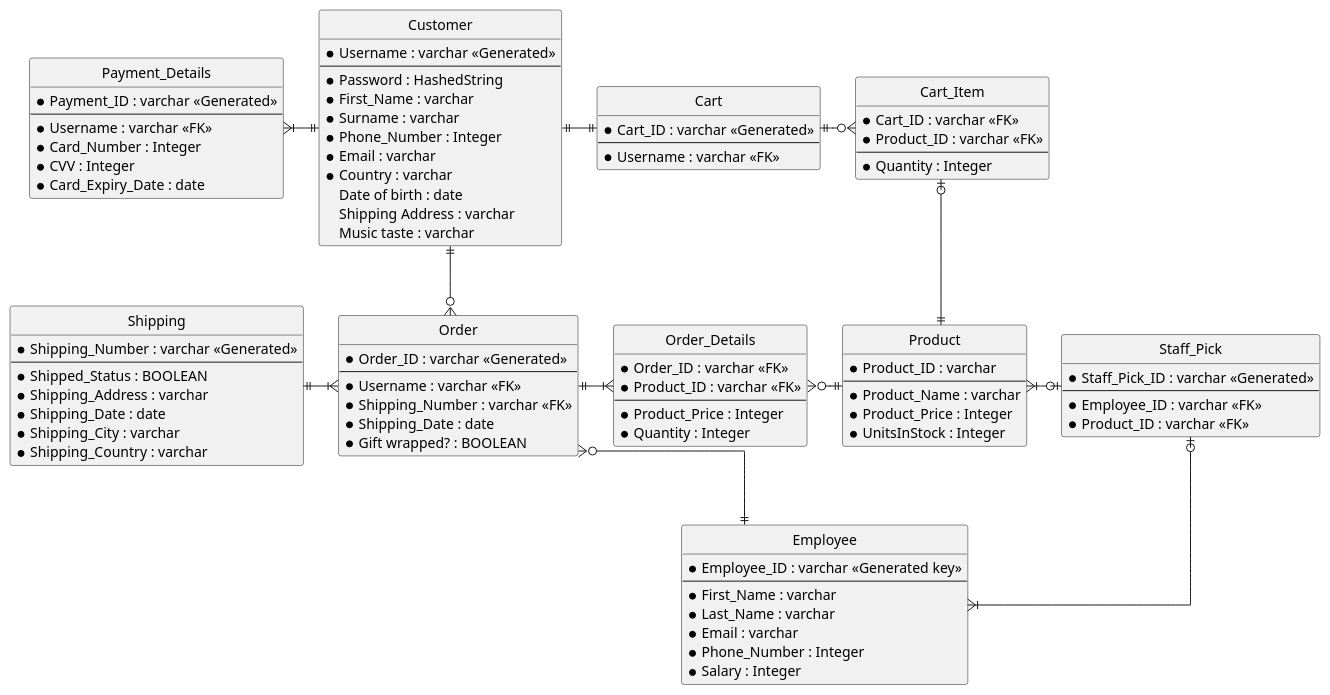
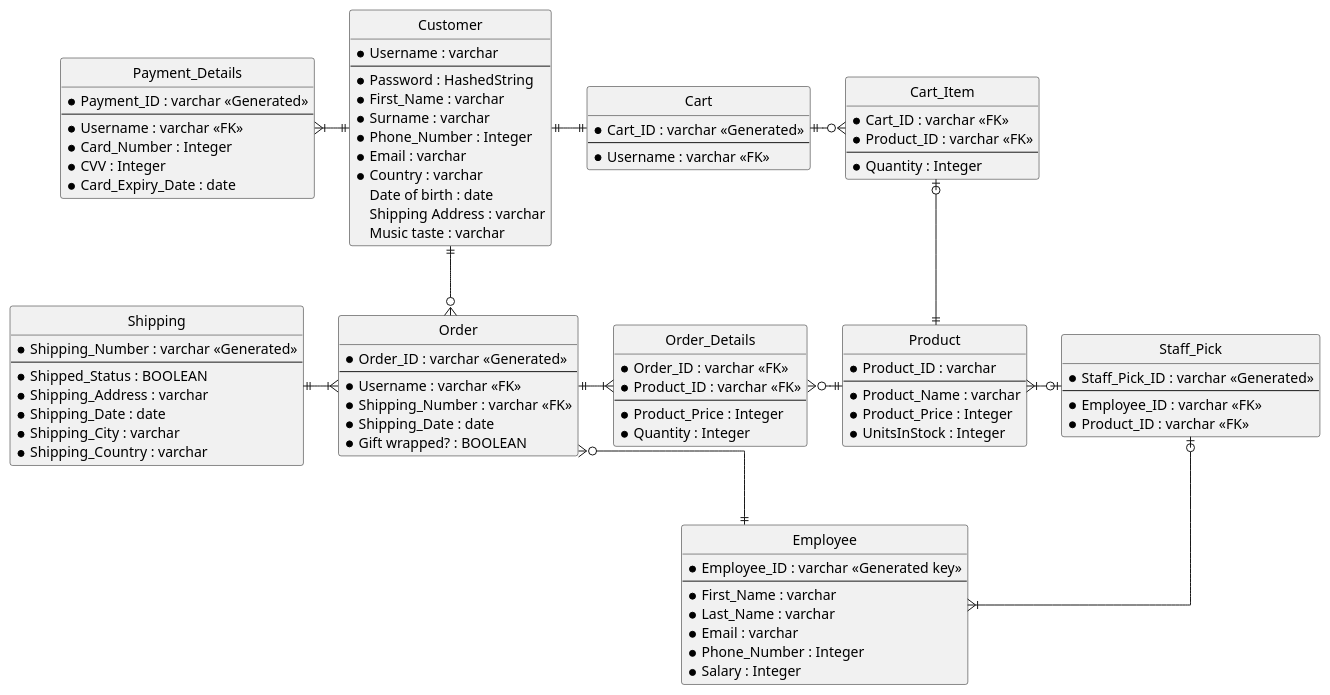
The diagram in milestone2/HVLo-Fi-erd.puml (shaystevens/INFO201-assignments), drawn with PlantUML before and after one commit.

Commit message:
Changed username is not generated

```diff
--- a/milestone2/HVLo-Fi-erd.puml
+++ b/milestone2/HVLo-Fi-erd.puml
@@ -1,107 +1,107 @@
 @startuml HV Lo-Fi
 
 skinparam Style StrictUML
 skinparam LineType ortho
 skinparam monochrome true
 
 class Customer {
-    * Username : varchar <<Generated>>
+    * Username : varchar
 --
     * Password : HashedString
     * First_Name : varchar
     * Surname : varchar
     * Phone_Number : Integer
     * Email : varchar
     * Country : varchar
     Date of birth : date
     Shipping Address : varchar
     Music taste : varchar
 }
 
 class Product {
     * Product_ID : varchar
 --
     * Product_Name : varchar
     * Product_Price : Integer
     * UnitsInStock : Integer
 }
 
 class Order {
     * Order_ID : varchar <<Generated>>
 --
     * Username : varchar <<FK>>
     * Shipping_Number : varchar <<FK>>
     * Shipping_Date : date
     * Gift wrapped? : BOOLEAN
 }
 
 class Shipping {
     * Shipping_Number : varchar <<Generated>>
 --
     * Shipped_Status : BOOLEAN
     * Shipping_Address : varchar
     * Shipping_Date : date
     * Shipping_City : varchar
     * Shipping_Country : varchar
 }
 
 class Payment_Details {
     * Payment_ID : varchar <<Generated>>
 --
     * Username : varchar <<FK>>
     * Card_Number : Integer
     * CVV : Integer
     * Card_Expiry_Date : date
 }
 
 class Order_Details {
     * Order_ID : varchar <<FK>>
     * Product_ID : varchar <<FK>>
 --
     * Product_Price : Integer
     * Quantity : Integer
 }
 
 class Cart {
     * Cart_ID : varchar <<Generated>>
 --
     * Username : varchar <<FK>>
 }
 
 class Cart_Item {
     * Cart_ID : varchar <<FK>>
     * Product_ID : varchar <<FK>>
 --
     * Quantity : Integer
 }
 
 class Employee {
     * Employee_ID : varchar <<Generated key>>
 --
     * First_Name : varchar
     * Last_Name : varchar
     * Email : varchar
     * Phone_Number : Integer
     * Salary : Integer
 }
 
 class Staff_Pick {
     * Staff_Pick_ID : varchar <<Generated>>
 --
     * Employee_ID : varchar <<FK>>
     * Product_ID : varchar <<FK>>
 }
 
 Customer ||--o{ Order
 Customer ||-|| Cart
 Cart ||-o{ Cart_Item
 Cart_Item |o-|| Product
 Payment_Details }|-|| Customer
 Shipping ||-|{ Order
 Order ||-|{ Order_Details
 Order_Details }o-|| Product
 Staff_Pick |o--|{ Employee
 Product }|-o| Staff_Pick
 Order }o--|| Employee
 
 @enduml
```
